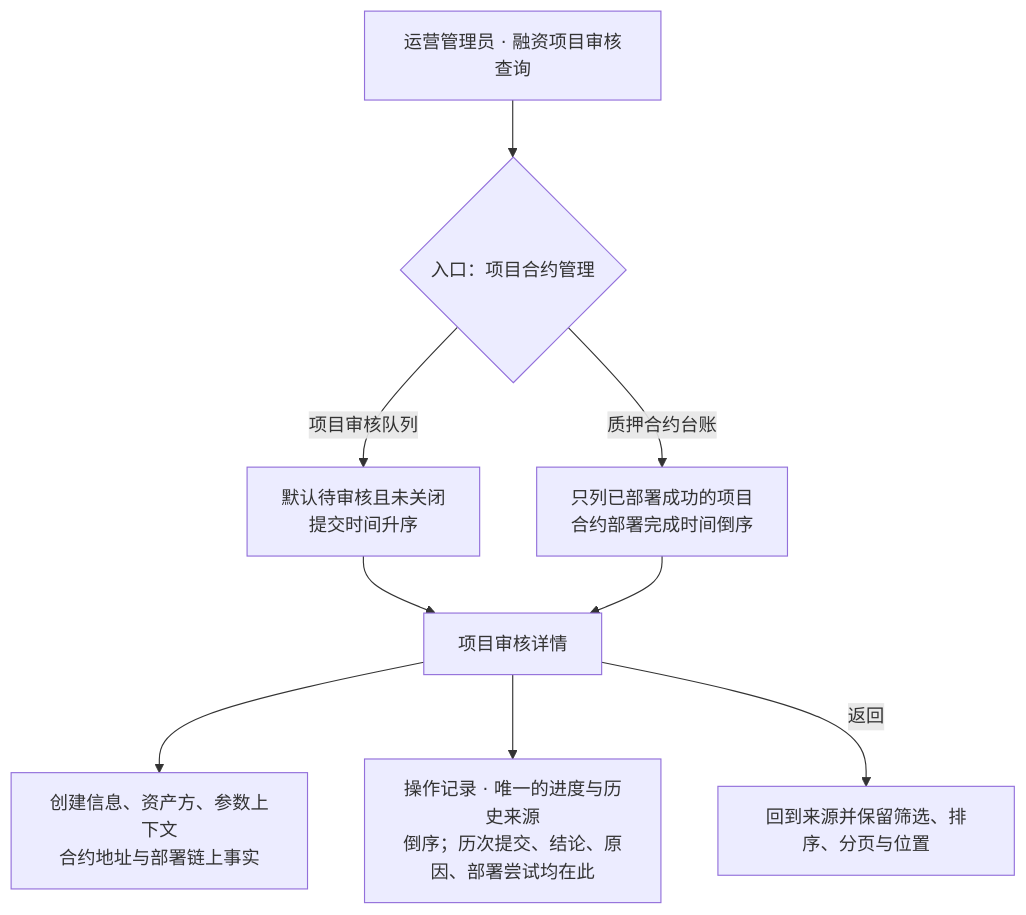
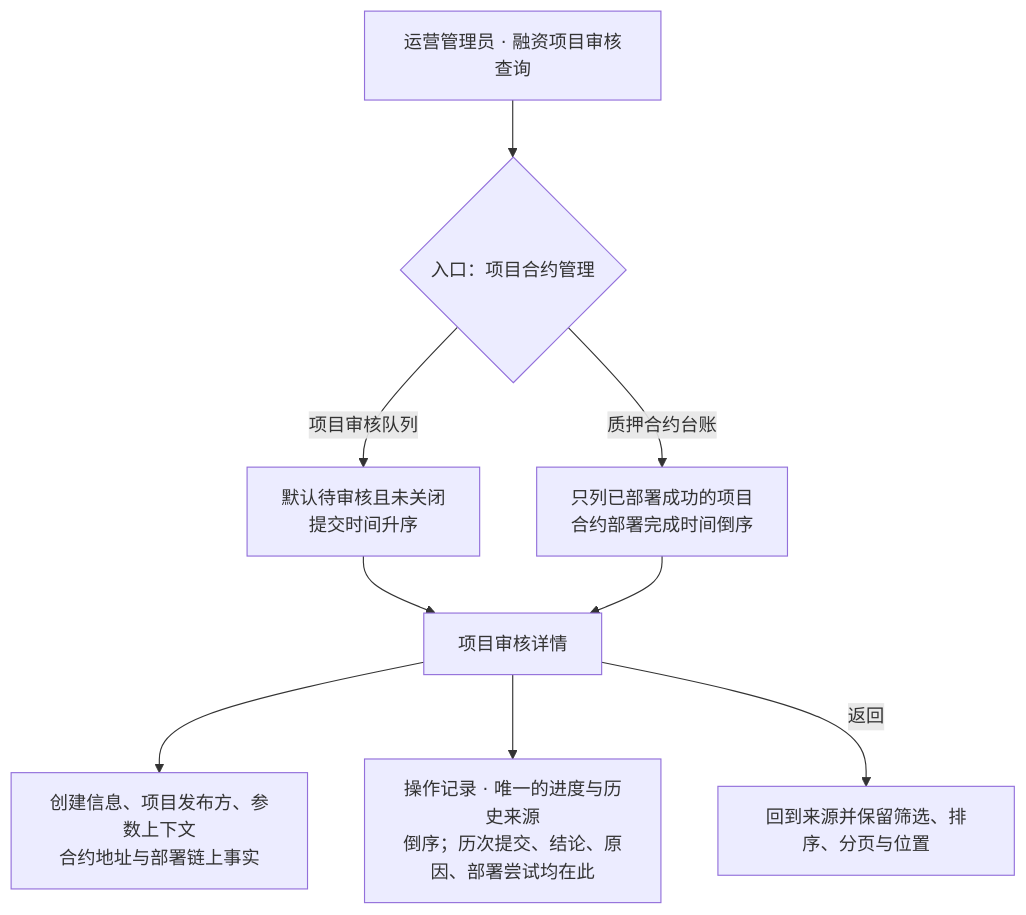
The third of 5 diagrams in lending-platform/PRD/运营端/04-运营端项目合约管理/02-运营端项目合约管理-流程图与状态机.md (wxblockchain/Chain-Financing), drawn with Mermaid before and after one commit. The commit also changed other lines of this file and 3 other files, not shown here.

````diff
--- a/lending-platform/PRD/运营端/04-运营端项目合约管理/02-运营端项目合约管理-流程图与状态机.md
+++ b/lending-platform/PRD/运营端/04-运营端项目合约管理/02-运营端项目合约管理-流程图与状态机.md
@@ -69,11 +69,11 @@
 ```mermaid
 flowchart TD
   A["运营管理员 · 融资项目审核查询"] --> B{"入口：项目合约管理"}
   B -- "项目审核队列" --> C["默认待审核且未关闭<br/>提交时间升序"]
   B -- "质押合约台账" --> D["只列已部署成功的项目<br/>合约部署完成时间倒序"]
   C --> E["项目审核详情"]
   D --> E
-  E --> F["创建信息、资产方、参数上下文<br/>合约地址与部署链上事实"]
+  E --> F["创建信息、项目发布方、参数上下文<br/>合约地址与部署链上事实"]
   E --> J["操作记录 · 唯一的进度与历史来源<br/>倒序；历次提交、结论、原因、部署尝试均在此"]
   E -- "返回" --> K["回到来源并保留筛选、排序、分页与位置"]
 ```
````
